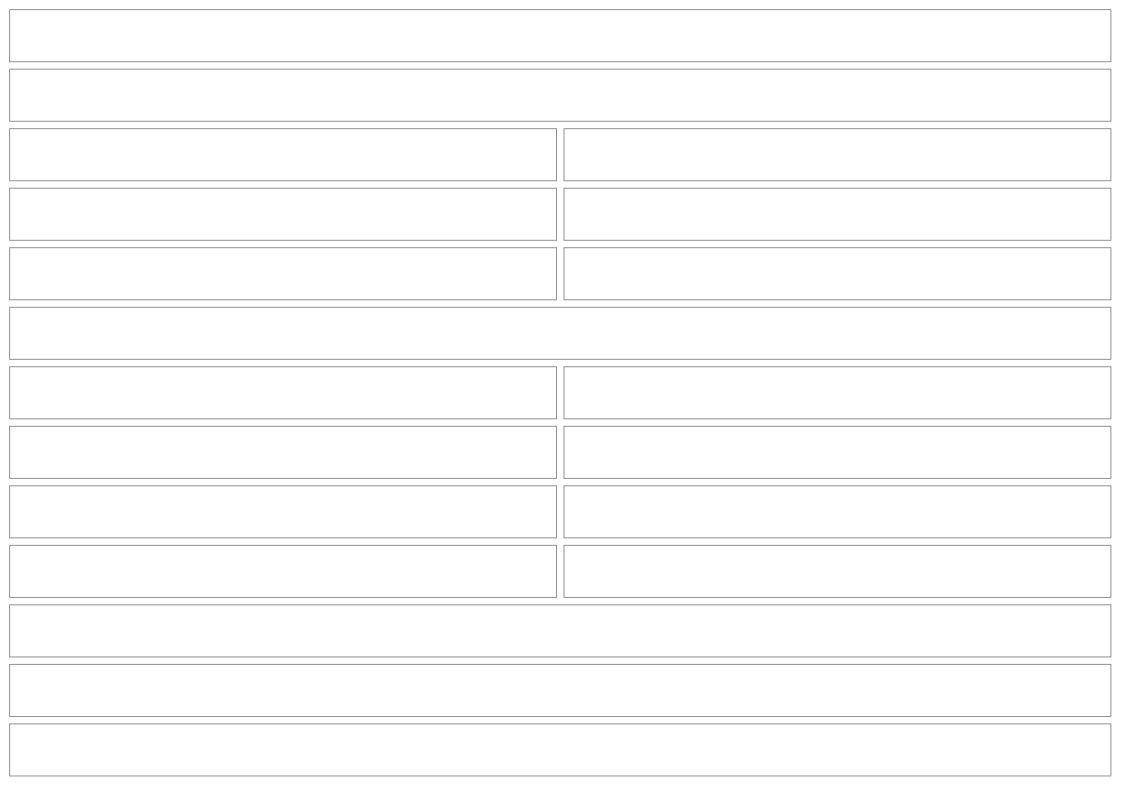
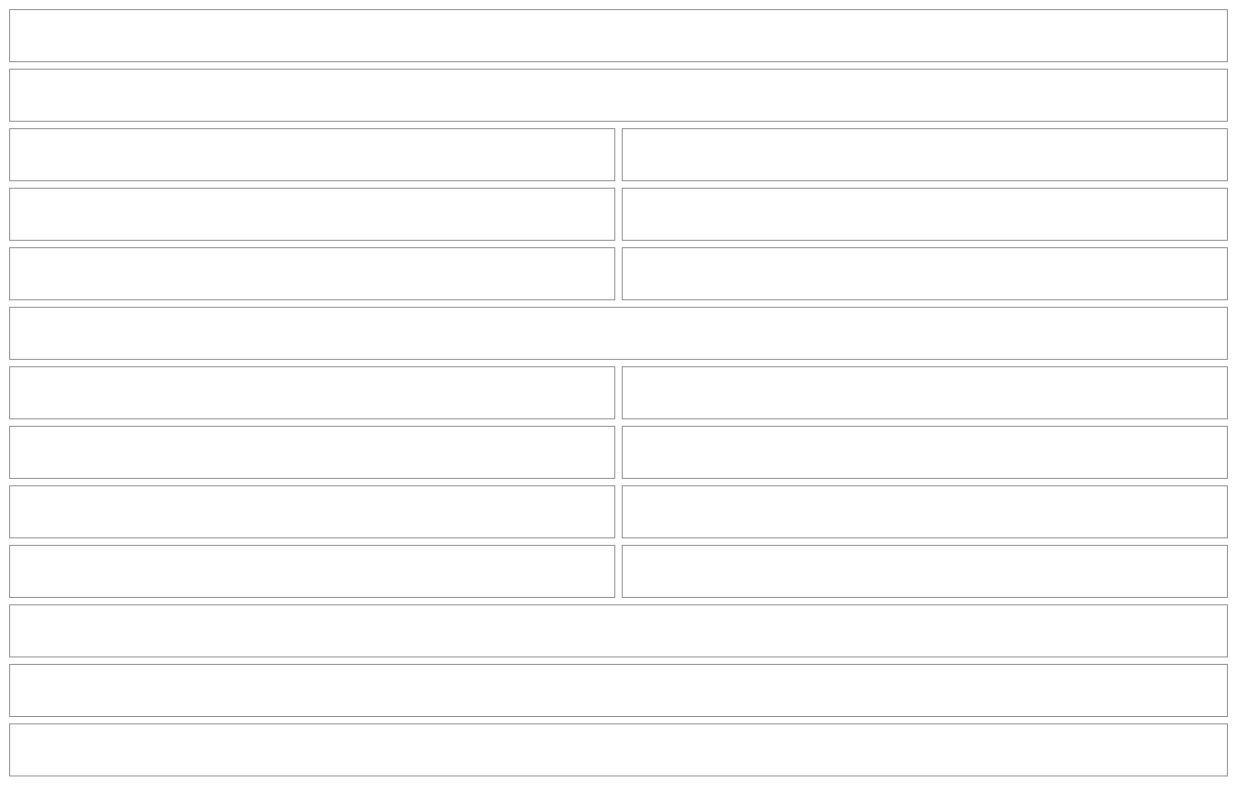
Diagram 12 of 57 in src/apps/pinch/UX.md (NovaMoonX/moondreams-dev-apps), drawn with Mermaid before and after one commit. The commit also changed other lines of this file and 10 other files, not shown here.

First line of the commit message:
Pinch round 7: the Calendar's averages count only fully priced meals

````diff
--- a/src/apps/pinch/UX.md
+++ b/src/apps/pinch/UX.md
@@ -439,34 +439,34 @@
 ```mermaid
 %%{init: {'theme': 'base', 'themeVariables': {'primaryColor': 'transparent', 'primaryBorderColor': '#888888', 'primaryTextColor': '#333333', 'lineColor': '#888888'}}}%%
 block-beta
   columns 2
   V1["View options"]:2
   V1a["NUTRITION, EVERYWHERE"]:2
   V1b["🔥 Calories"]:1
   V1c["◯ off"]:1
   V1d["💪 Protein · Also shows the price per gram of protein"]:1
   V1e["◯ off"]:1
   V1f["🌾 Carbs   🥑 Fat"]:1
   V1g["◯ off"]:1
   V1h["ON THIS LIST (ON THE CALENDAR on the Calendar)"]:2
-  V1i["Show stats (Calendar only) · Total, average per meal and daily nutrition, as tiles"]:1
+  V1i["Show stats (Calendar only) · Total, average per fully priced meal and daily nutrition, as tiles"]:1
   V1j["◯ off"]:1
   V2["Show prices (on the Calendar: each Week meal row)"]:1
   V3["◉ on"]:1
   V4["Show calories and macros"]:1
   V5["◯ off"]:1
   V5b["Show what's in stock (Recipes and Saved meals only)"]:1
   V5c["◉ on"]:1
   V6["Nutrition numbers (Kitchen only, once a number is on)<br/>Per serving   [ Per 100 g ]"]:2
   V6b["About the numbers: nutrition values are approximate, based on USDA FoodData Central. Store logos are provided by Logo.dev and remain their owners' trademarks."]:2
   V7["Reset  ·  Done"]:2
   style V1 fill:transparent,stroke:#888888,stroke-width:1px;
   style V1i fill:transparent,stroke:#888888,stroke-width:1px;
   style V1j fill:transparent,stroke:#888888,stroke-width:1px;
   style V2 fill:transparent,stroke:#888888,stroke-width:1px;
   style V3 fill:transparent,stroke:#888888,stroke-width:1px;
   style V4 fill:transparent,stroke:#888888,stroke-width:1px;
   style V5 fill:transparent,stroke:#888888,stroke-width:1px;
   style V6 fill:transparent,stroke:#888888,stroke-width:1px;
   style V7 fill:transparent,stroke:#888888,stroke-width:1px;
 ```
````
